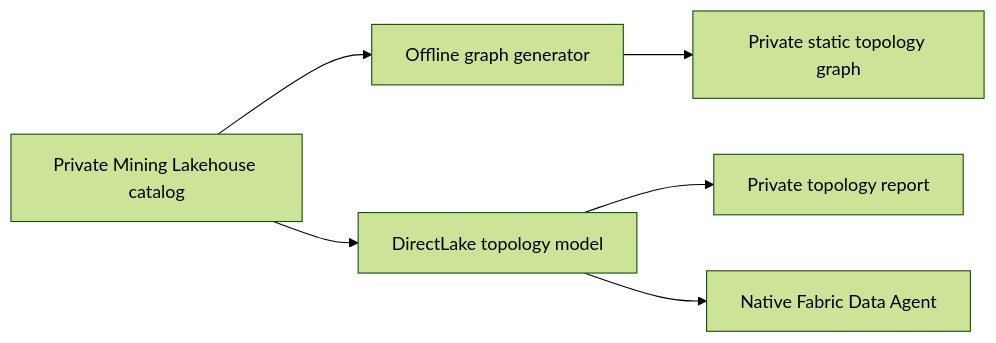
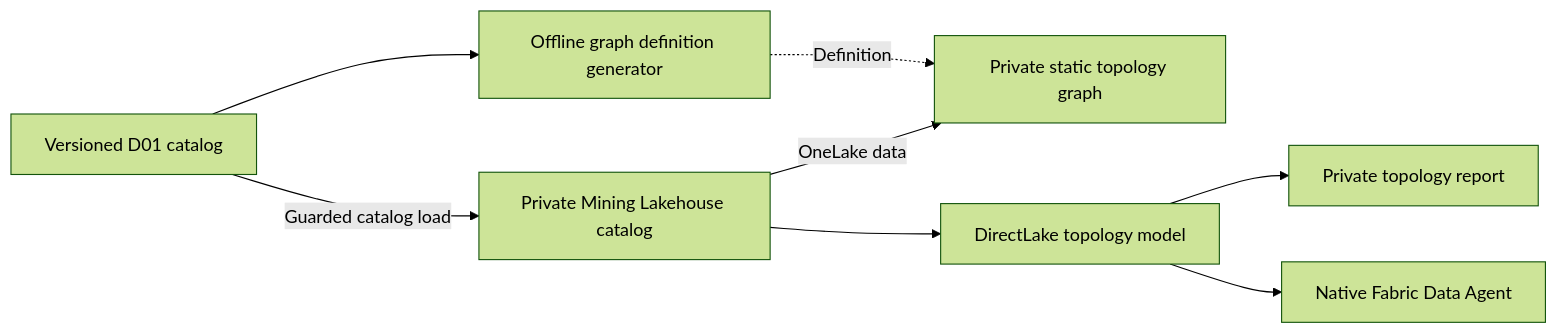
Before and after one commit to ribumann/fabrictritwin: the fourth of 6 diagrams in docs/release-architecture.md, drawn with Mermaid (forest theme). The commit also changed other lines of this file, not shown here.

Commit message:
Clarify backend-only reads and graph definition versus data flow

````diff
--- a/docs/release-architecture.md
+++ b/docs/release-architecture.md
@@ -237,15 +238,18 @@
 ```mermaid
 flowchart LR
+    Pinned["Versioned D01 catalog"]
     Catalog["Private Mining Lakehouse catalog"]
-    Generator["Offline graph generator"]
+    Generator["Offline graph definition generator"]
     Graph["Private static topology graph"]
     Model["DirectLake topology model"]
     Report["Private topology report"]
     DataAgent["Native Fabric Data Agent"]
 
-    Catalog --> Generator
-    Generator --> Graph
+    Pinned --> Generator
+    Pinned -->|"Guarded catalog load"| Catalog
+    Generator -.->|"Definition"| Graph
+    Catalog -->|"OneLake data"| Graph
     Catalog --> Model
     Model --> Report
     Model --> DataAgent
 ```
````
